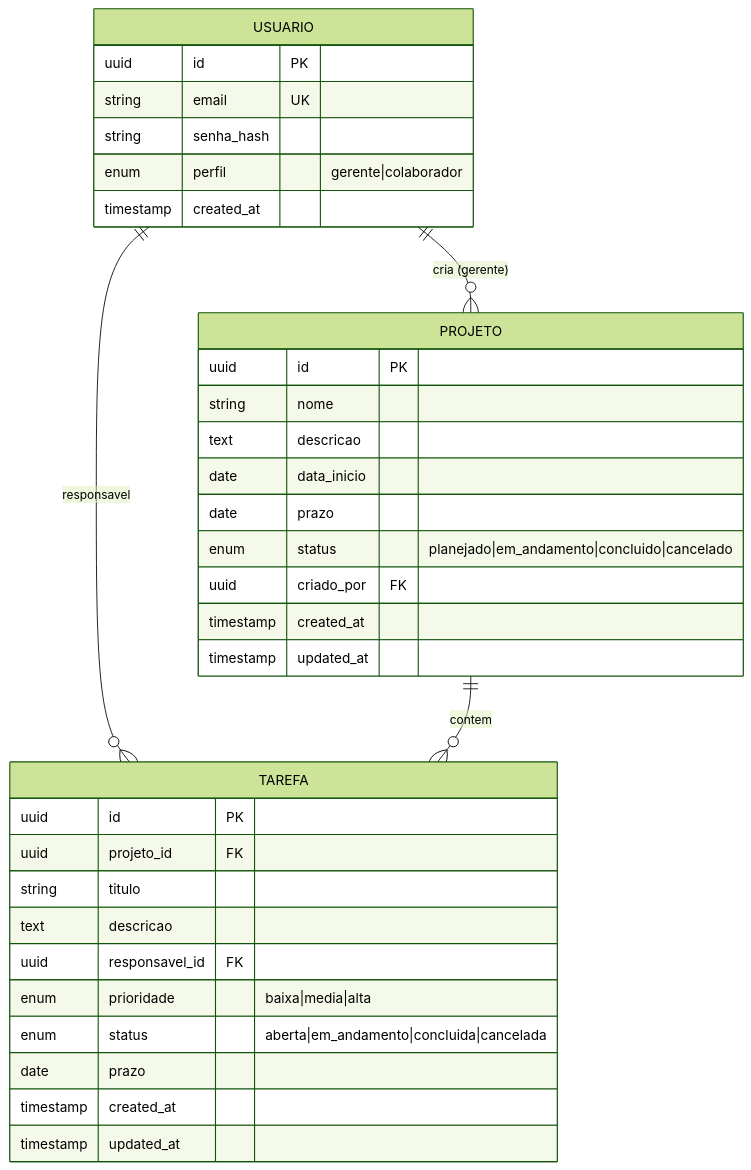
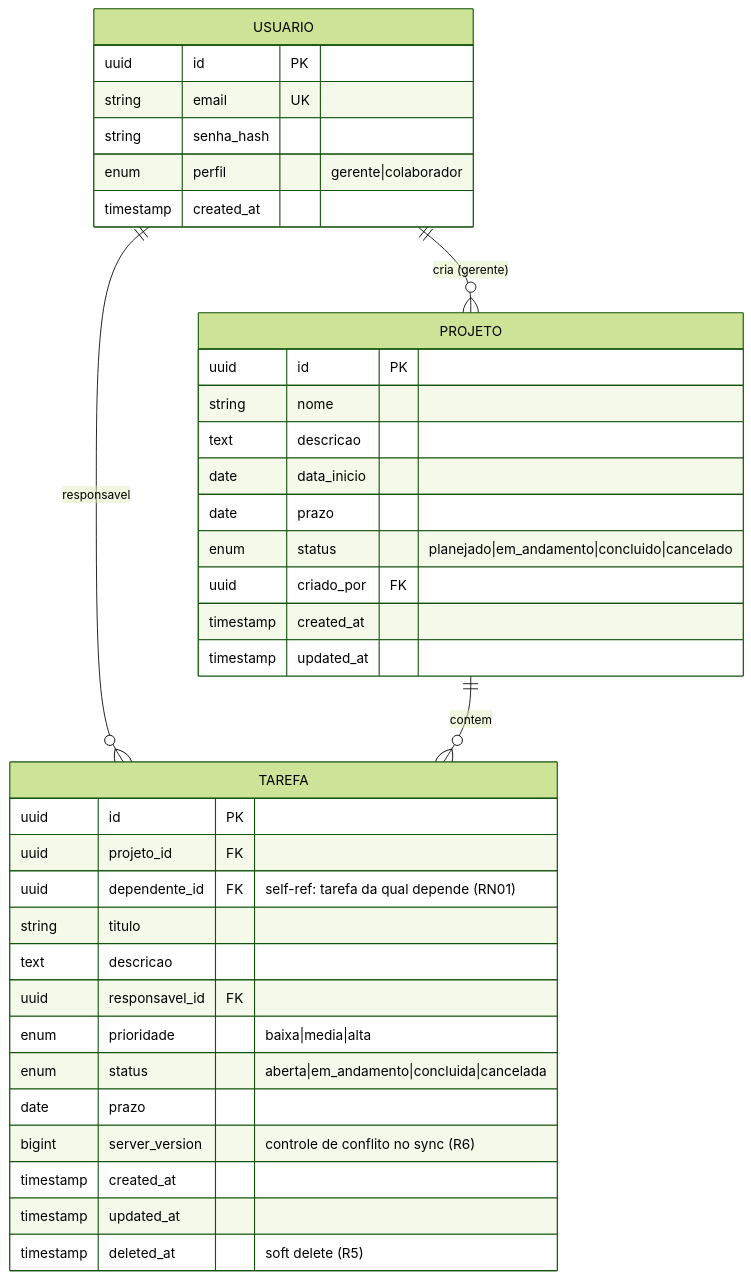
The diagram in docs/modelo-dados.md (joao-pedro-gms/BrainOutApp), drawn with Mermaid (forest theme) before and after one commit. The commit also changed other lines of this file and 10 other files, not shown here.

````diff
--- a/docs/modelo-dados.md
+++ b/docs/modelo-dados.md
@@ -5,39 +5,42 @@
 ```mermaid
 erDiagram
     USUARIO ||--o{ PROJETO : "cria (gerente)"
     USUARIO ||--o{ TAREFA : "responsavel"
     PROJETO ||--o{ TAREFA : "contem"
 
     USUARIO {
         uuid id PK
         string email UK
         string senha_hash
         enum perfil "gerente|colaborador"
         timestamp created_at
     }
 
     PROJETO {
         uuid id PK
         string nome
         text descricao
         date data_inicio
         date prazo
         enum status "planejado|em_andamento|concluido|cancelado"
         uuid criado_por FK
         timestamp created_at
         timestamp updated_at
     }
 
     TAREFA {
         uuid id PK
         uuid projeto_id FK
+        uuid dependente_id FK "self-ref: tarefa da qual depende (RN01)"
         string titulo
         text descricao
         uuid responsavel_id FK
         enum prioridade "baixa|media|alta"
         enum status "aberta|em_andamento|concluida|cancelada"
         date prazo
+        bigint server_version "controle de conflito no sync (R6)"
         timestamp created_at
         timestamp updated_at
+        timestamp deleted_at "soft delete (R5)"
     }
 ```
````
